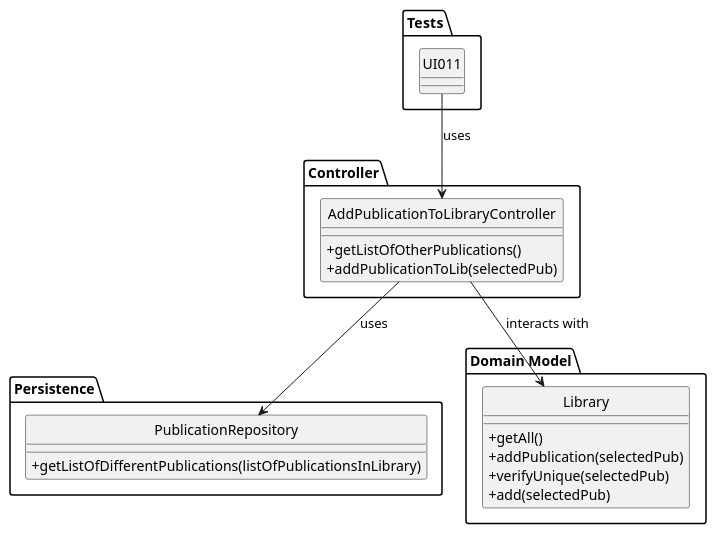
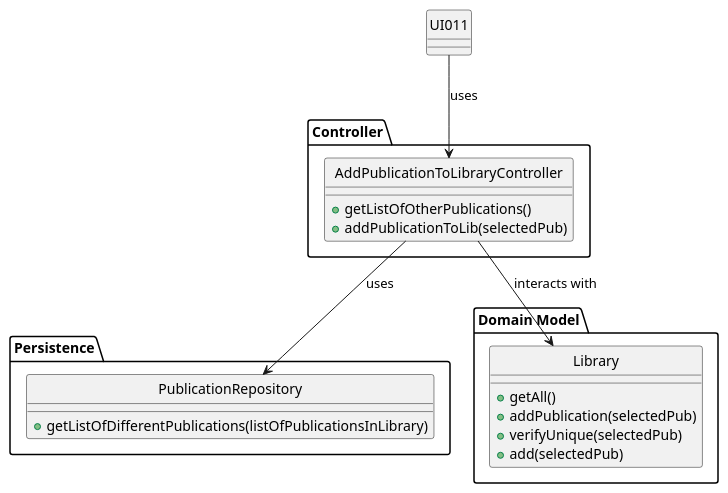
The diagram in Diagrams/ClassDiagrams/US011-To-Add-A-Publication-To-Library.puml (AndrePereiraGitH/SWitCH-Project-Team_A), drawn with PlantUML before and after one commit. The commit also changed 3 other files, not shown here.

Commit message:
Working on issue #33 #34, slight changes to the Class Diagrams and Sequence Diagrams (@RodrigoSPTD)

```diff
--- a/Diagrams/ClassDiagrams/US011-To-Add-A-Publication-To-Library.puml
+++ b/Diagrams/ClassDiagrams/US011-To-Add-A-Publication-To-Library.puml
@@ -1,39 +1,37 @@
 @startuml
-skinparam classAttributeIconSize 0
+
 hide circle
 
-package "Tests" {
-    class UI011{}
-}
+
 
 package "Controller" {
     class AddPublicationToLibraryController {
         + getListOfOtherPublications()
         + addPublicationToLib(selectedPub)
     }
 }
 
 package "Persistence" {
     class PublicationRepository {
         + getListOfDifferentPublications(listOfPublicationsInLibrary)
     }
 }
 
 package "Domain Model" {
     class Library {
         + getAll()
         + addPublication(selectedPub)
         + verifyUnique(selectedPub)
         + add(selectedPub)
     }
 
 }
 
 
 UI011 --> AddPublicationToLibraryController : uses
 AddPublicationToLibraryController --> PublicationRepository:uses
 AddPublicationToLibraryController -->Library : interacts with
 
 
 
 @enduml
```
